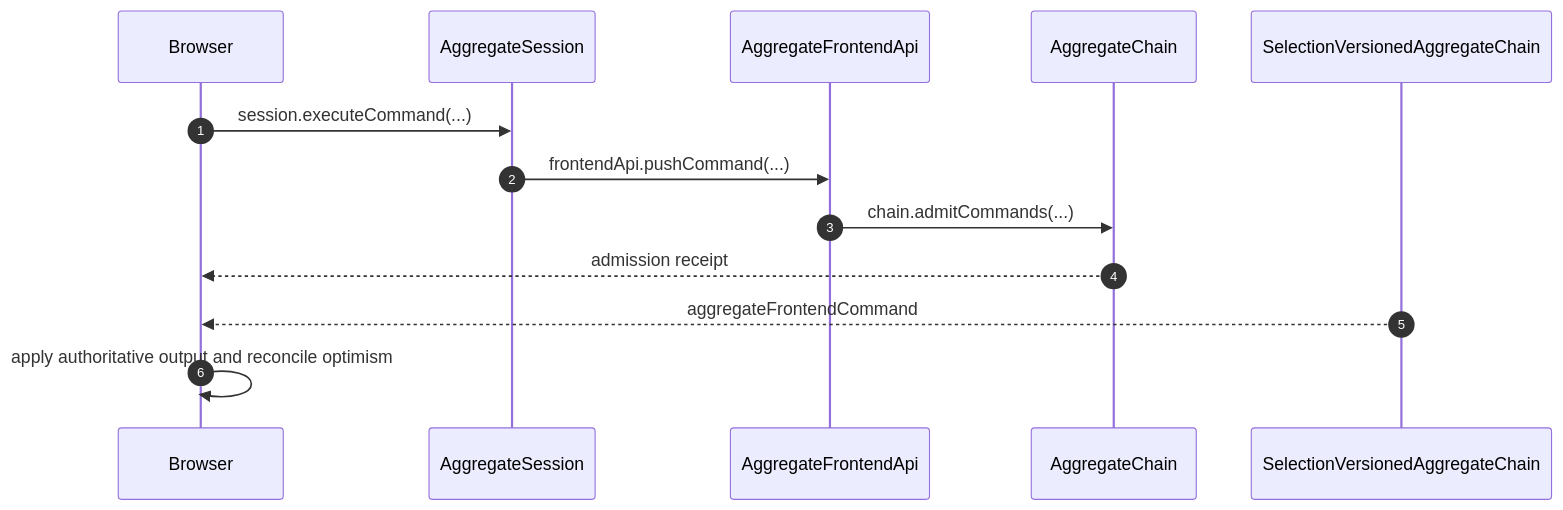
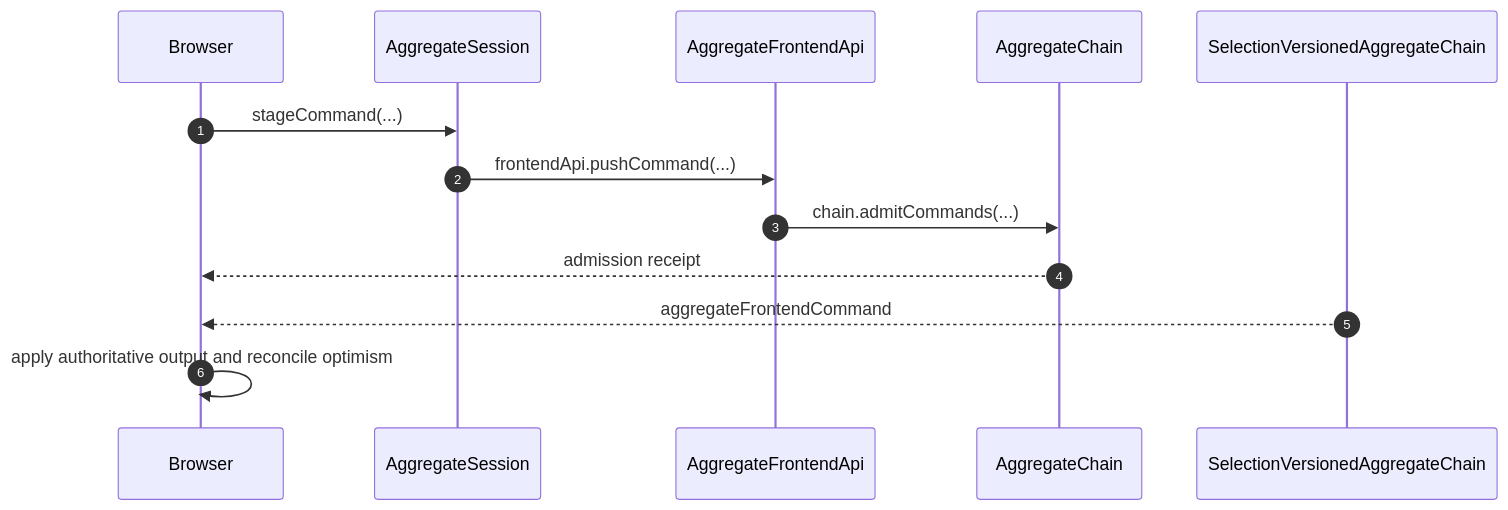
Before and after one commit to morgs32/qrk.sh: the diagram in wiki/architecture/browser/PushSequence.md, drawn with Mermaid. The commit also changed other lines of this file and 85 other files, not shown here.

````diff
--- a/wiki/architecture/browser/PushSequence.md
+++ b/wiki/architecture/browser/PushSequence.md
@@ -15,20 +15,20 @@
 ```mermaid
 sequenceDiagram
   participant Browser
   participant AggregateSession
   participant AggregateFrontendApi
   participant AggregateChain
   participant SelectionVersionedAggregateChain
   autonumber 1
-  Browser->>AggregateSession: session.executeCommand(...)
+  Browser->>AggregateSession: stageCommand(...)
   autonumber 2
   AggregateSession->>AggregateFrontendApi: frontendApi.pushCommand(...)
   autonumber 3
   AggregateFrontendApi->>AggregateChain: chain.admitCommands(...)
   autonumber 4
   AggregateChain-->>Browser: admission receipt
   autonumber 5
   SelectionVersionedAggregateChain-->>Browser: aggregateFrontendCommand
   autonumber 6
   Browser->>Browser: apply authoritative output and reconcile optimism
 ```
````
